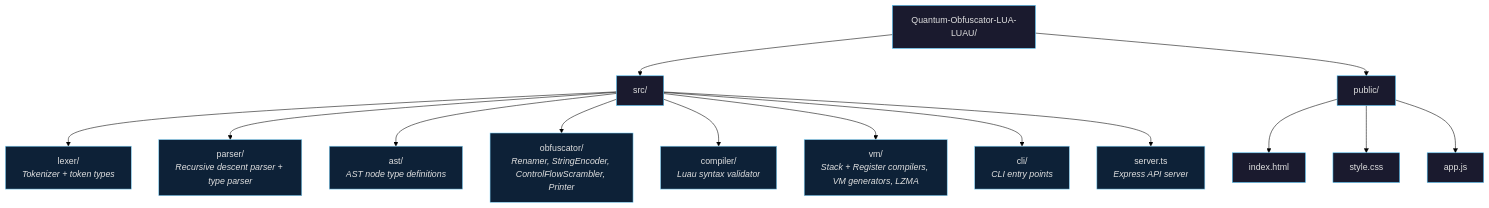
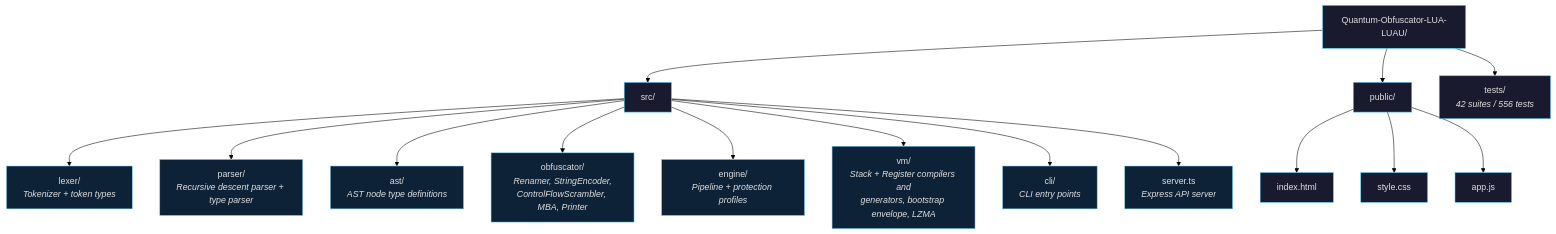
One commit to QuantumXternal/Quantum-Obfuscator-LUA-LUAU changed the third of 3 diagrams in README.md. Above: the diagram before and after it, drawn with Mermaid (forest theme). The commit also changed other lines of this file and 4 other files, not shown here.

````diff
--- a/README.md
+++ b/README.md
@@ -127,33 +152,35 @@
 ```mermaid
 graph TD
     ROOT["Quantum-Obfuscator-LUA-LUAU/"] --> SRC["src/"]
     ROOT --> PUB["public/"]
-    
+    ROOT --> TESTS["tests/<br/><i>42 suites / 556 tests</i>"]
+
     SRC --> LEX["lexer/<br/><i>Tokenizer + token types</i>"]
     SRC --> PAR["parser/<br/><i>Recursive descent parser + type parser</i>"]
     SRC --> AST2["ast/<br/><i>AST node type definitions</i>"]
-    SRC --> OBF["obfuscator/<br/><i>Renamer, StringEncoder, ControlFlowScrambler, Printer</i>"]
-    SRC --> CMP["compiler/<br/><i>Luau syntax validator</i>"]
-    SRC --> VM["vm/<br/><i>Stack + Register compilers, VM generators, LZMA</i>"]
+    SRC --> OBF["obfuscator/<br/><i>Renamer, StringEncoder,<br/>ControlFlowScrambler, MBA, Printer</i>"]
+    SRC --> ENG["engine/<br/><i>Pipeline + protection profiles</i>"]
+    SRC --> VM["vm/<br/><i>Stack + Register compilers and<br/>generators, bootstrap envelope, LZMA</i>"]
     SRC --> CLI["cli/<br/><i>CLI entry points</i>"]
     SRC --> SRV["server.ts<br/><i>Express API server</i>"]
-    
+
     PUB --> HTML["index.html"]
     PUB --> CSS["style.css"]
     PUB --> JS["app.js"]
 
     style ROOT fill:#1a1a2e,stroke:#4fc3f7,color:#e0e0e0
     style SRC fill:#1a1a2e,stroke:#4fc3f7,color:#e0e0e0
     style PUB fill:#1a1a2e,stroke:#4fc3f7,color:#e0e0e0
+    style TESTS fill:#1a1a2e,stroke:#4fc3f7,color:#e0e0e0
     style LEX fill:#0d2137,stroke:#81d4fa,color:#e0e0e0
     style PAR fill:#0d2137,stroke:#81d4fa,color:#e0e0e0
     style AST2 fill:#0d2137,stroke:#81d4fa,color:#e0e0e0
     style OBF fill:#0d2137,stroke:#81d4fa,color:#e0e0e0
-    style CMP fill:#0d2137,stroke:#81d4fa,color:#e0e0e0
+    style ENG fill:#0d2137,stroke:#81d4fa,color:#e0e0e0
     style VM fill:#0d2137,stroke:#81d4fa,color:#e0e0e0
     style CLI fill:#0d2137,stroke:#81d4fa,color:#e0e0e0
     style SRV fill:#0d2137,stroke:#81d4fa,color:#e0e0e0
     style HTML fill:#1a1a2e,stroke:#4fc3f7,color:#e0e0e0
     style CSS fill:#1a1a2e,stroke:#4fc3f7,color:#e0e0e0
     style JS fill:#1a1a2e,stroke:#4fc3f7,color:#e0e0e0
 ```
````
